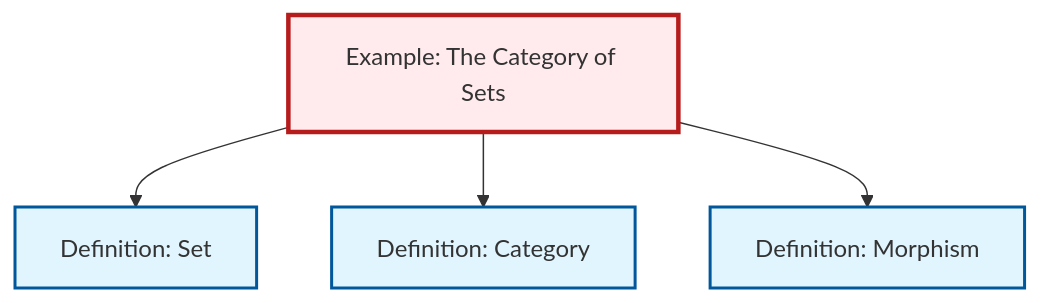
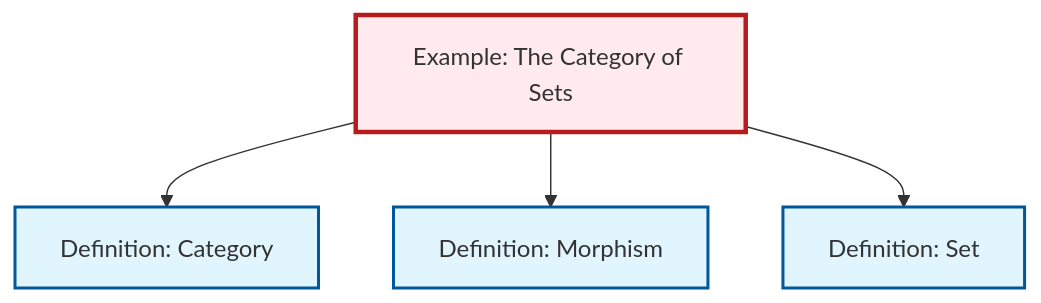
The diagram in content/en/category-theory/ex-set-category.qmd (RK0429/ModernMath), drawn with Mermaid before and after one commit. The commit also changed other lines of this file and 497 other files, not shown here.

````diff
--- a/content/en/category-theory/ex-set-category.qmd
+++ b/content/en/category-theory/ex-set-category.qmd
@@ -68,20 +68,20 @@
 ```{mermaid}
 %%| fig-cap: "Local dependency graph"
 graph TD
     classDef definition fill:#e1f5fe,stroke:#01579b,stroke-width:2px
     classDef theorem fill:#f3e5f5,stroke:#4a148c,stroke-width:2px
     classDef axiom fill:#fff3e0,stroke:#e65100,stroke-width:2px
     classDef example fill:#e8f5e9,stroke:#1b5e20,stroke-width:2px
     classDef current fill:#ffebee,stroke:#b71c1c,stroke-width:3px
+    def-set["Definition: Set"]:::definition
+    def-morphism["Definition: Morphism"]:::definition
+    ex-set-category["Example: The Category of Sets"]:::example
     def-category["Definition: Category"]:::definition
-    def-set["Definition: Set"]:::definition
-    ex-set-category["Example: The Category of Sets"]:::example
-    def-morphism["Definition: Morphism"]:::definition
-    ex-set-category --> def-set
     ex-set-category --> def-category
     ex-set-category --> def-morphism
+    ex-set-category --> def-set
     class ex-set-category current
-    click def-category "def-category.html" "Go to Category definition"
     click def-set "def-set.html" "Go to Set definition"
     click def-morphism "def-morphism.html" "Go to Morphism definition"
+    click def-category "def-category.html" "Go to Category definition"
 ```
````
